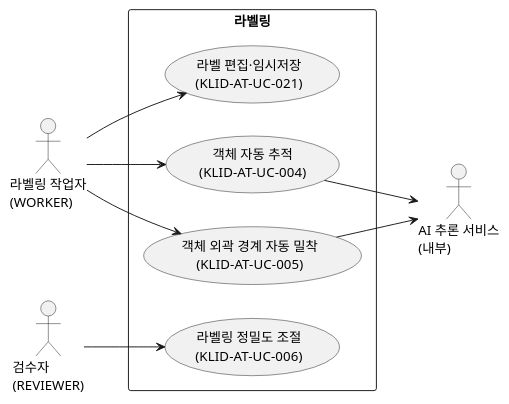
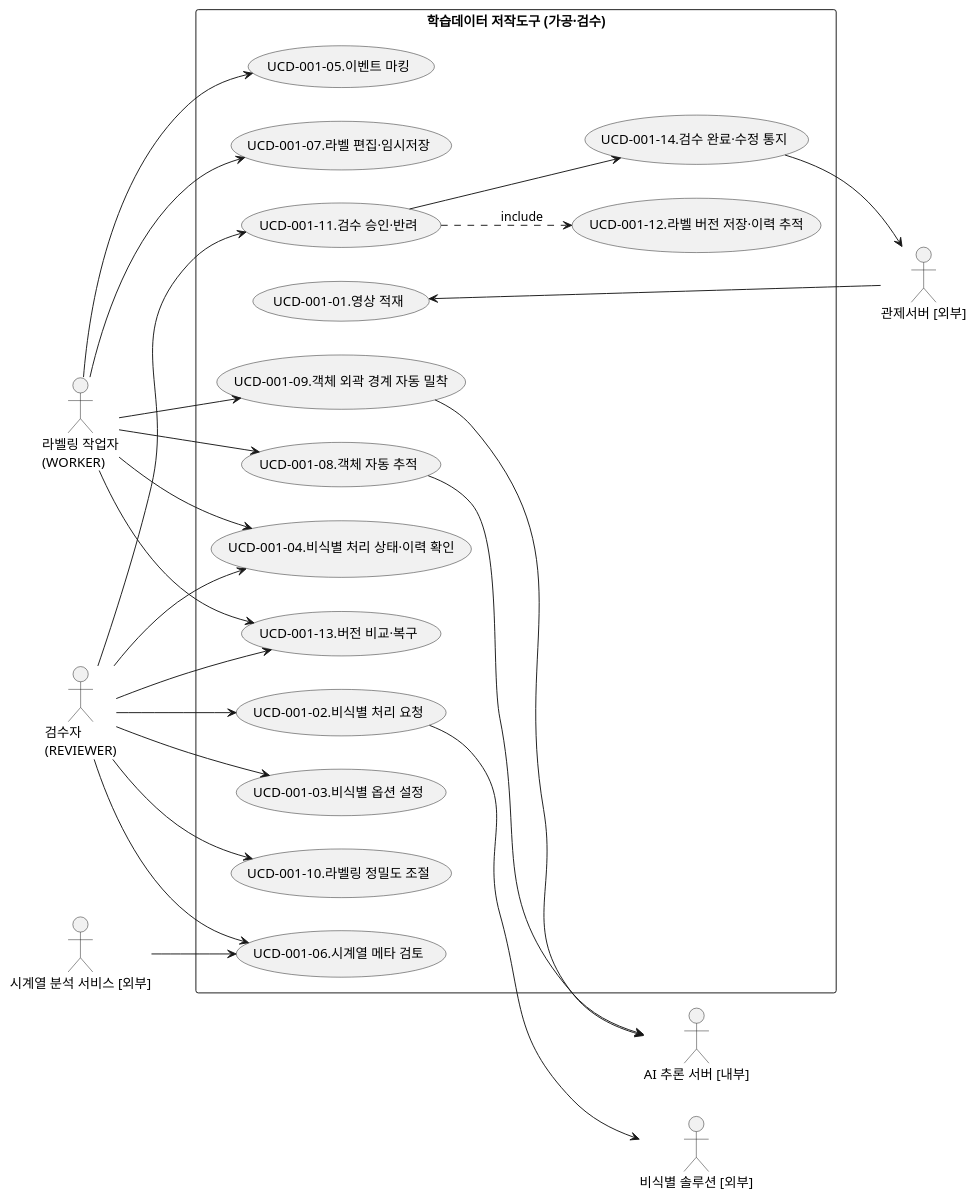
The first of 2 diagrams in docs/design/R2-유스케이스명세서.md (New-stella/klid-label), drawn with PlantUML before and after one commit. The commit also changed other lines of this file and 10 other files, not shown here.

````diff
--- a/docs/design/R2-유스케이스명세서.md
+++ b/docs/design/R2-유스케이스명세서.md
@@ -75,21 +47,50 @@
 ```plantuml
 @startuml
 left to right direction
-skinparam packageStyle rectangle
 actor "라벨링 작업자\n(WORKER)" as WORKER
 actor "검수자\n(REVIEWER)" as REVIEWER
-actor "AI 추론 서비스\n(내부)" as AI
-rectangle "라벨링" {
-  usecase "라벨 편집·임시저장\n(KLID-AT-UC-021)" as UC21
-  usecase "객체 자동 추적\n(KLID-AT-UC-004)" as UC4
-  usecase "객체 외곽 경계 자동 밀착\n(KLID-AT-UC-005)" as UC5
-  usecase "라벨링 정밀도 조절\n(KLID-AT-UC-006)" as UC6
+actor "관제서버 [외부]" as CTRL
+actor "비식별 솔루션 [외부]" as DEID
+actor "시계열 분석 서비스 [외부]" as TSVC
+actor "AI 추론 서버 [내부]" as AISRV
+
+rectangle "학습데이터 저작도구 (가공·검수)" {
+  usecase "UCD-001-01.영상 적재" as U18
+  usecase "UCD-001-02.비식별 처리 요청" as U11
+  usecase "UCD-001-03.비식별 옵션 설정" as U13
+  usecase "UCD-001-04.비식별 처리 상태·이력 확인" as U16
+  usecase "UCD-001-05.이벤트 마킹" as U19
+  usecase "UCD-001-06.시계열 메타 검토" as U22
+  usecase "UCD-001-07.라벨 편집·임시저장" as U21
+  usecase "UCD-001-08.객체 자동 추적" as U4
+  usecase "UCD-001-09.객체 외곽 경계 자동 밀착" as U5
+  usecase "UCD-001-10.라벨링 정밀도 조절" as U6
+  usecase "UCD-001-11.검수 승인·반려" as U23
+  usecase "UCD-001-12.라벨 버전 저장·이력 추적" as U7
+  usecase "UCD-001-13.버전 비교·복구" as U8
+  usecase "UCD-001-14.검수 완료·수정 통지" as U9
 }
-WORKER --> UC21
-WORKER --> UC4
-WORKER --> UC5
-REVIEWER --> UC6
-UC4 --> AI
-UC5 --> AI
+
+CTRL --> U18
+U11 --> DEID
+REVIEWER --> U11
+REVIEWER --> U13
+REVIEWER --> U16
+WORKER --> U16
+WORKER --> U19
+REVIEWER --> U22
+TSVC --> U22
+WORKER --> U21
+WORKER --> U4
+WORKER --> U5
+U4 --> AISRV
+U5 --> AISRV
+REVIEWER --> U6
+REVIEWER --> U23
+U23 ..> U7 : include
+REVIEWER --> U8
+WORKER --> U8
+U23 --> U9
+U9 --> CTRL
 @enduml
 ```
````
